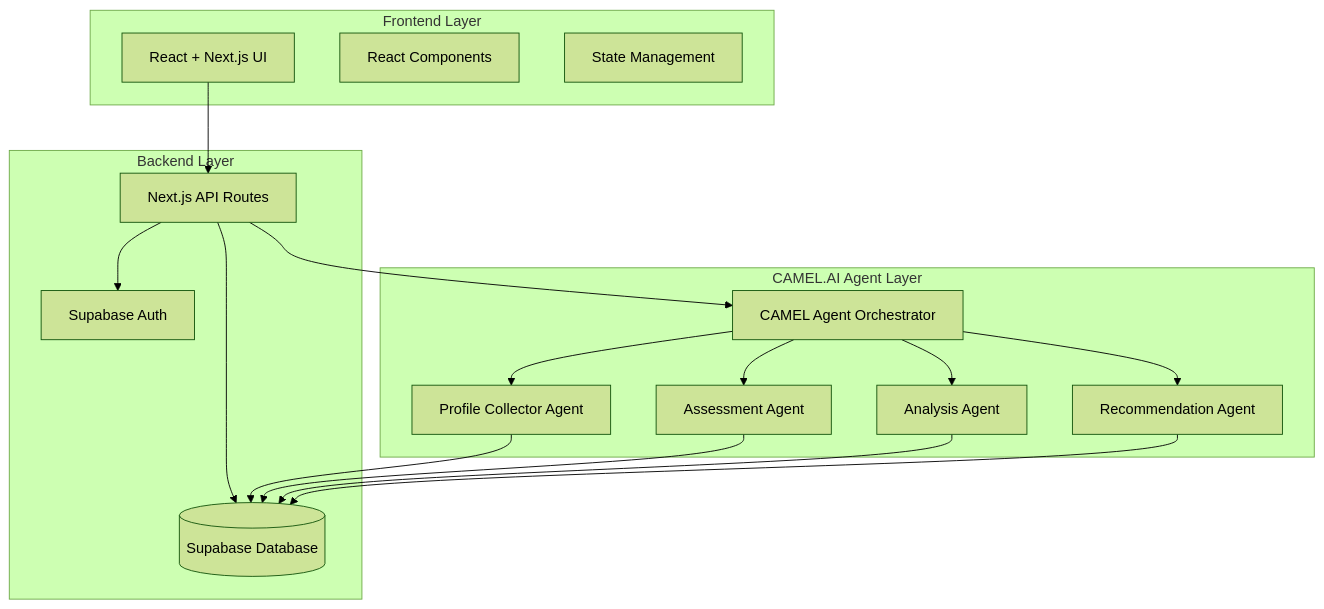
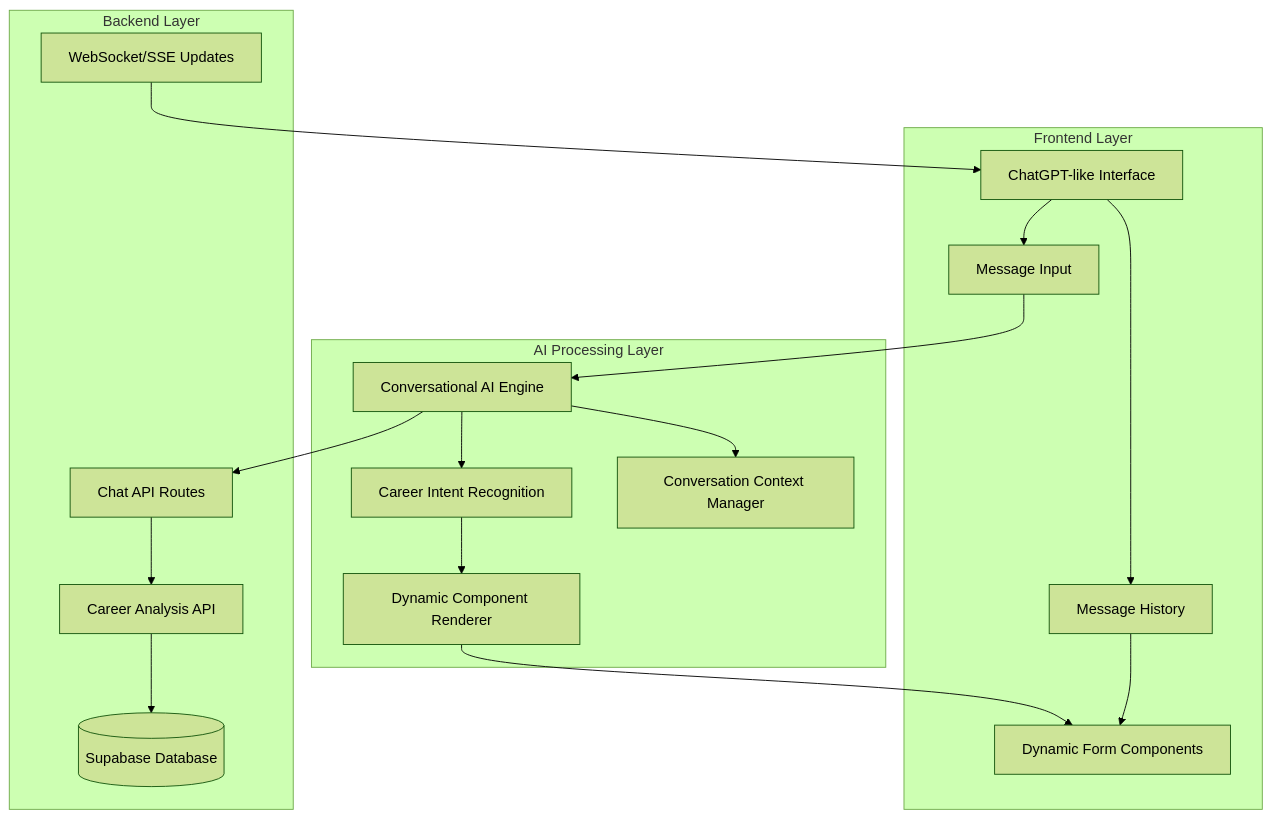
Before and after one commit to Lee999996/ezworking: the first of 2 diagrams in .kiro/specs/career-positioning/design.md, drawn with Mermaid (forest theme). The commit also changed other lines of this file and 43 other files, not shown here.

````diff
--- a/.kiro/specs/career-positioning/design.md
+++ b/.kiro/specs/career-positioning/design.md
@@ -11,37 +11,36 @@
 ```mermaid
 graph TB
     subgraph "Frontend Layer"
-        UI[React + Next.js UI]
-        Components[React Components]
-        State[State Management]
+        ChatInterface[ChatGPT-like Interface]
+        MessageList[Message History]
+        InputField[Message Input]
+        InteractiveComponents[Dynamic Form Components]
+    end
+    
+    subgraph "AI Processing Layer"
+        ConversationalAI[Conversational AI Engine]
+        IntentRecognition[Career Intent Recognition]
+        ComponentRenderer[Dynamic Component Renderer]
+        ContextManager[Conversation Context Manager]
     end
     
     subgraph "Backend Layer"
-        API[Next.js API Routes]
-        Auth[Supabase Auth]
-        DB[(Supabase Database)]
+        ChatAPI[Chat API Routes]
+        CareerAPI[Career Analysis API]
+        RealtimeUpdates[WebSocket/SSE Updates]
+        Database[(Supabase Database)]
     end
     
-    subgraph "CAMEL.AI Agent Layer"
-        Orchestrator[CAMEL Agent Orchestrator]
-        ProfileAgent[Profile Collector Agent]
-        AssessmentAgent[Assessment Agent]
-        AnalysisAgent[Analysis Agent]
-        RecommendationAgent[Recommendation Agent]
-    end
-    
-    UI --> API
-    API --> Auth
-    API --> DB
-    API --> Orchestrator
-    
-    Orchestrator --> ProfileAgent
-    Orchestrator --> AssessmentAgent
-    Orchestrator --> AnalysisAgent
-    Orchestrator --> RecommendationAgent
-    
-    ProfileAgent --> DB
-    AssessmentAgent --> DB
-    AnalysisAgent --> DB
-    RecommendationAgent --> DB
+    ChatInterface --> MessageList
+    ChatInterface --> InputField
+    MessageList --> InteractiveComponents
+    InputField --> ConversationalAI
+    ConversationalAI --> IntentRecognition
+    IntentRecognition --> ComponentRenderer
+    ComponentRenderer --> InteractiveComponents
+    ConversationalAI --> ContextManager
+    ConversationalAI --> ChatAPI
+    ChatAPI --> CareerAPI
+    CareerAPI --> Database
+    RealtimeUpdates --> ChatInterface
 ```
````
